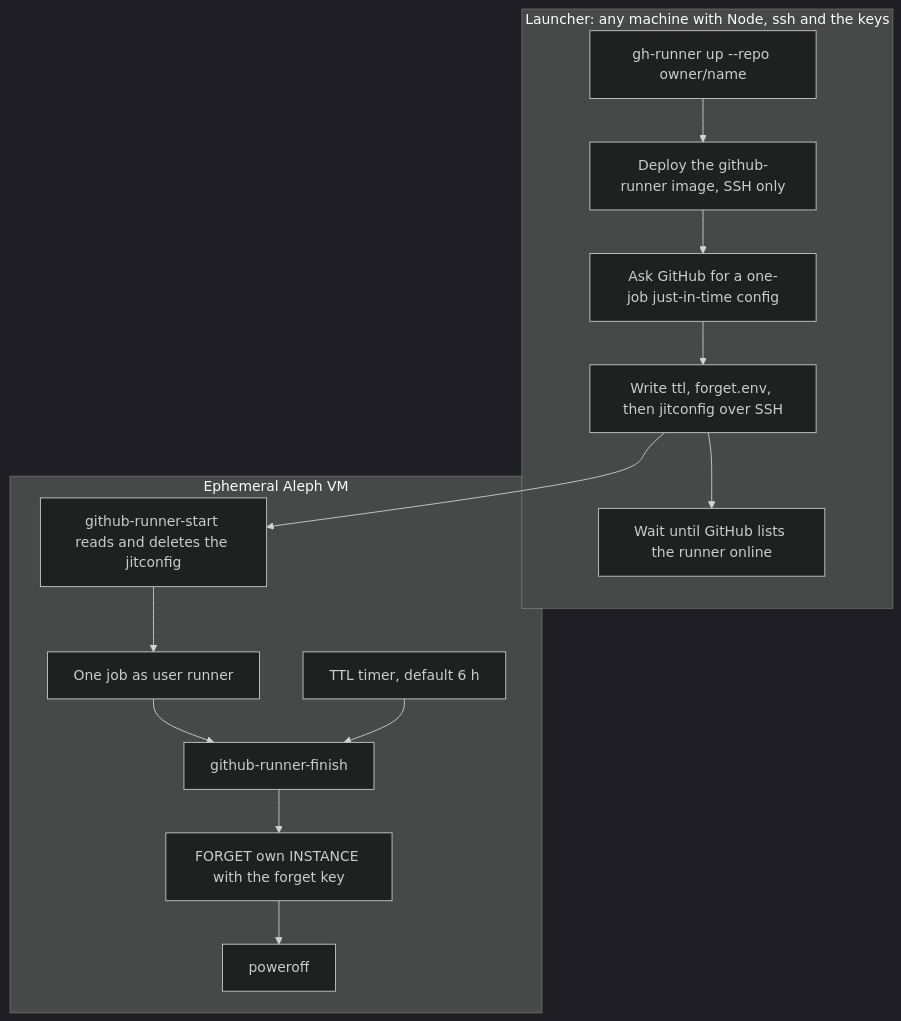
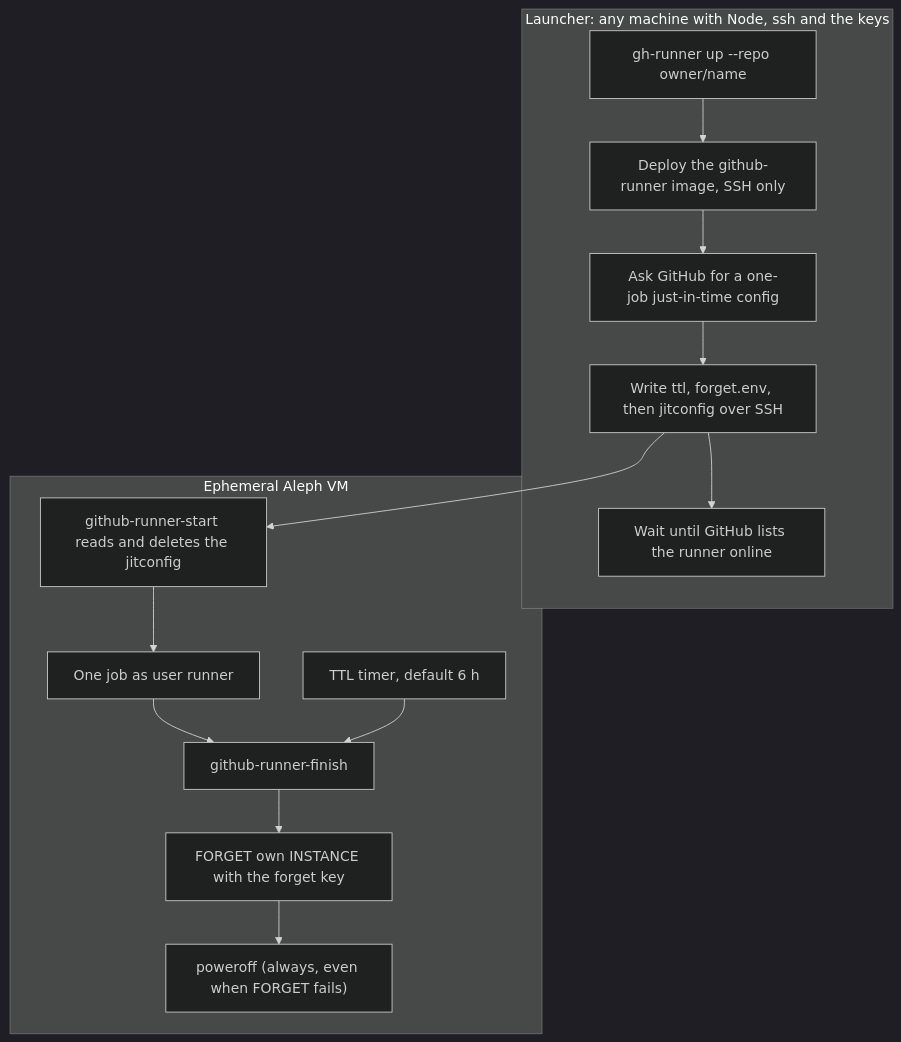
Before and after one commit to NiKrause/relay-button: the diagram in docs/docusaurus/docs/architecture/aleph-github-runner.md, drawn with Mermaid (dark theme). The commit also changed other lines of this file and 8 other files, not shown here.

First line of the commit message:
fix(gh-runner): the forget key needs INSTANCE, and the VM powers off even when FORGET fails

````diff
--- a/docs/docusaurus/docs/architecture/aleph-github-runner.md
+++ b/docs/docusaurus/docs/architecture/aleph-github-runner.md
@@ -17,23 +17,23 @@
 ```mermaid
 flowchart TD
   subgraph L[Launcher: any machine with Node, ssh and the keys]
     Up["gh-runner up --repo owner/name"]
     Deploy[Deploy the github-runner image, SSH only]
     Jit[Ask GitHub for a one-job just-in-time config]
     Inject[Write ttl, forget.env, then jitconfig over SSH]
     Online[Wait until GitHub lists the runner online]
   end
 
   subgraph VM[Ephemeral Aleph VM]
     Start[github-runner-start reads and deletes the jitconfig]
     Job[One job as user runner]
     Finish[github-runner-finish]
     Forget[FORGET own INSTANCE with the forget key]
-    Off[poweroff]
+    Off["poweroff (always, even when FORGET fails)"]
     TTL[TTL timer, default 6 h]
   end
 
   Up --> Deploy --> Jit --> Inject --> Online
   Inject --> Start --> Job --> Finish --> Forget --> Off
   TTL --> Finish
 ```
````
